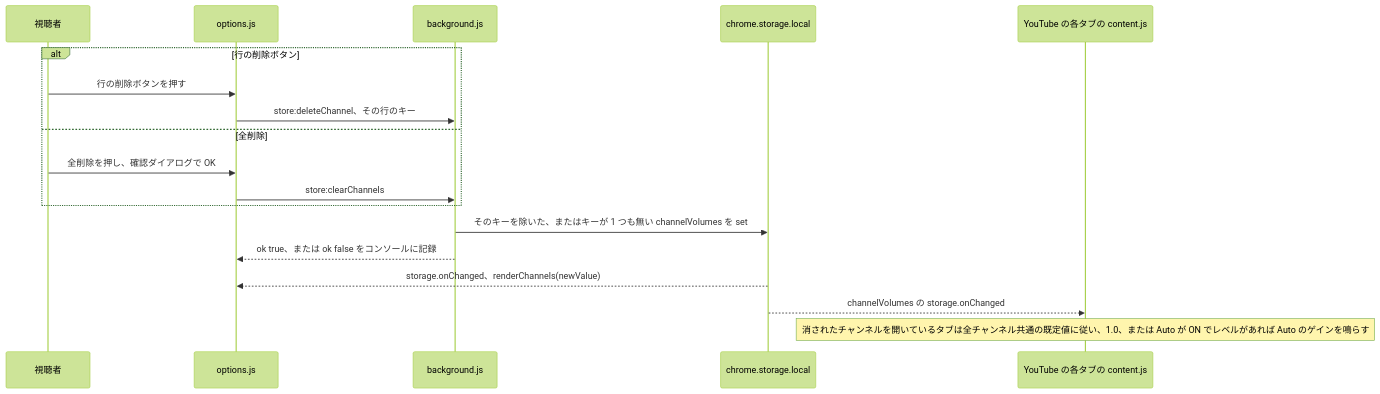
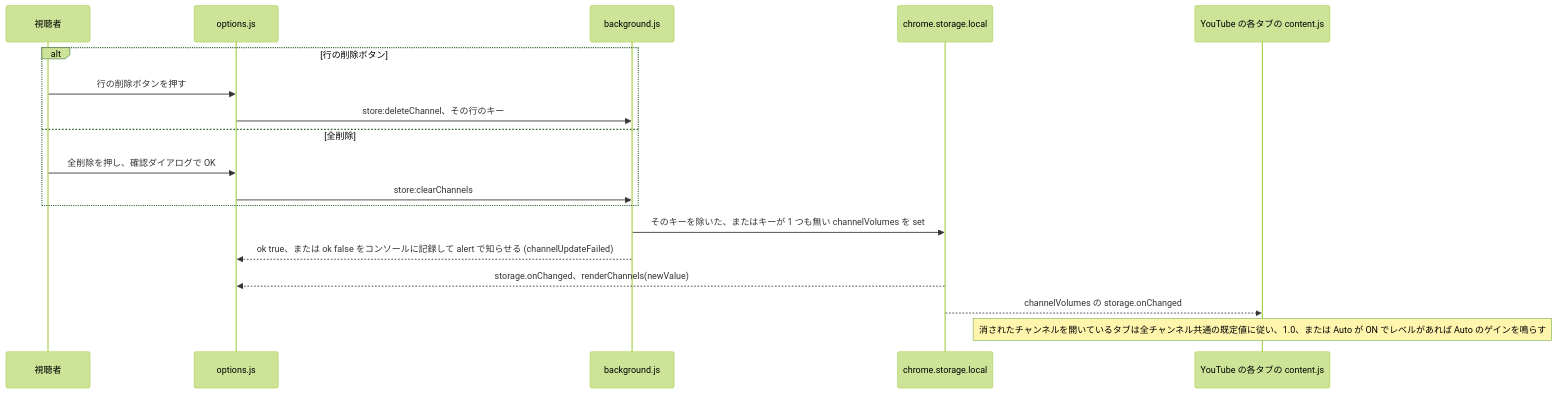
Before and after one commit to semnil/yt-channel-volume: diagram 14 of 14 in docs/gain-change-and-save.ja.md, drawn with Mermaid (forest theme). The commit also changed other lines of this file and 5 other files, not shown here.

Commit message:
fix: say so in an alert when a saved channel's delete or clear fails

````diff
--- a/docs/gain-change-and-save.ja.md
+++ b/docs/gain-change-and-save.ja.md
@@ -667,20 +667,20 @@
 ```mermaid
 sequenceDiagram
   participant V as 視聴者
   participant O as options.js
   participant W as background.js
   participant S as chrome.storage.local
   participant C as YouTube の各タブの content.js
   alt 行の削除ボタン
     V->>O: 行の削除ボタンを押す
     O->>W: store:deleteChannel、その行のキー
   else 全削除
     V->>O: 全削除を押し、確認ダイアログで OK
     O->>W: store:clearChannels
   end
   W->>S: そのキーを除いた、またはキーが 1 つも無い channelVolumes を set
-  W-->>O: ok true、または ok false をコンソールに記録
+  W-->>O: ok true、または ok false をコンソールに記録して alert で知らせる (channelUpdateFailed)
   S-->>O: storage.onChanged、renderChannels(newValue)
   S-->>C: channelVolumes の storage.onChanged
   Note over C: 消されたチャンネルを開いているタブは全チャンネル共通の既定値に従い、1.0、または Auto が ON でレベルがあれば Auto のゲインを鳴らす
 ```
````
